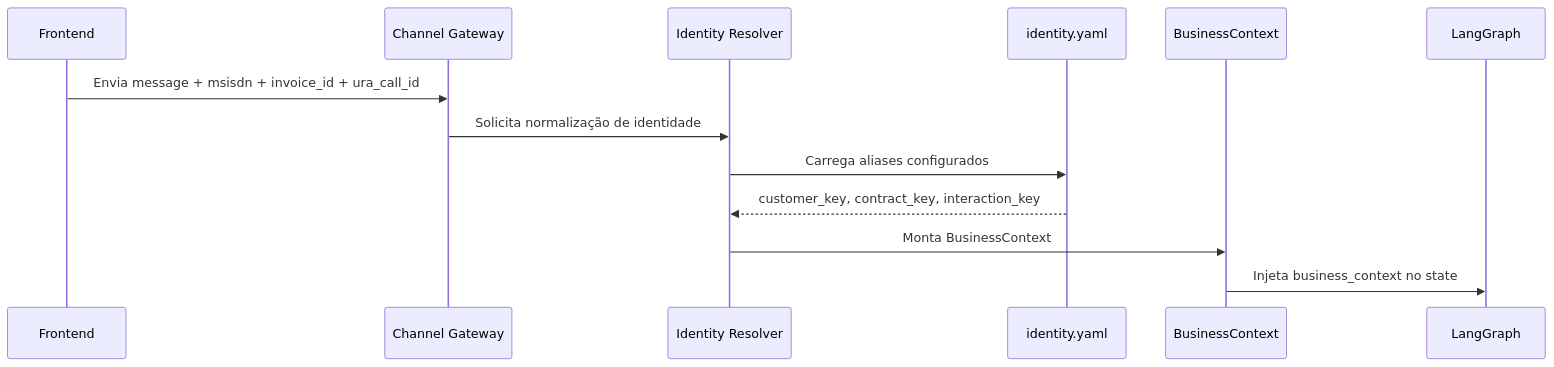
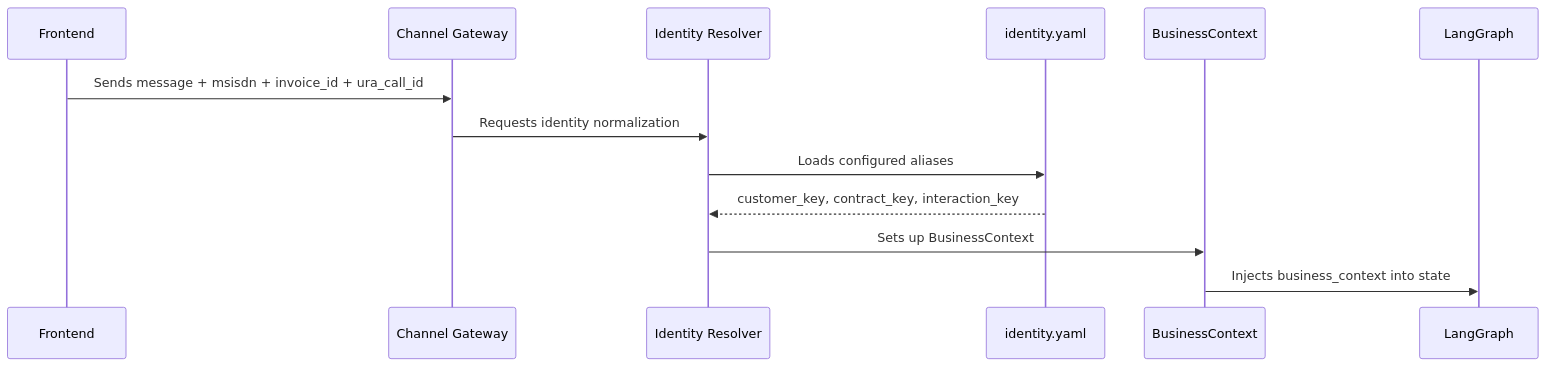
The third of 8 diagrams in README.md (hoshikawa2/agent_framework_oci_2), drawn with Mermaid before and after one commit. The commit also changed other lines of this file, not shown here.

Commit message:
examples of graph flow

````diff
--- a/README.md
+++ b/README.md
@@ -3280,16 +3273,16 @@
 ```mermaid
 sequenceDiagram
-    participant FE as Frontend
-    participant GW as Channel Gateway
-    participant IR as Identity Resolver
-    participant YAML as identity.yaml
-    participant BC as BusinessContext
-    participant LG as LangGraph
+participant FE as Frontend
+participant GW as Channel Gateway
+participant IR as Identity Resolver
+participant YAML as identity.yaml
+participant BC as BusinessContext
+participant LG as LangGraph
 
-    FE->>GW: Envia message + msisdn + invoice_id + ura_call_id
-    GW->>IR: Solicita normalização de identidade
-    IR->>YAML: Carrega aliases configurados
+    FE->>GW: Sends message + msisdn + invoice_id + ura_call_id
+    GW->>IR: Requests identity normalization
+    IR->>YAML: Loads configured aliases
     YAML-->>IR: customer_key, contract_key, interaction_key
-    IR->>BC: Monta BusinessContext
-    BC->>LG: Injeta business_context no state
+    IR->>BC: Sets up BusinessContext
+    BC->>LG: Injects business_context into state
 ```
````
